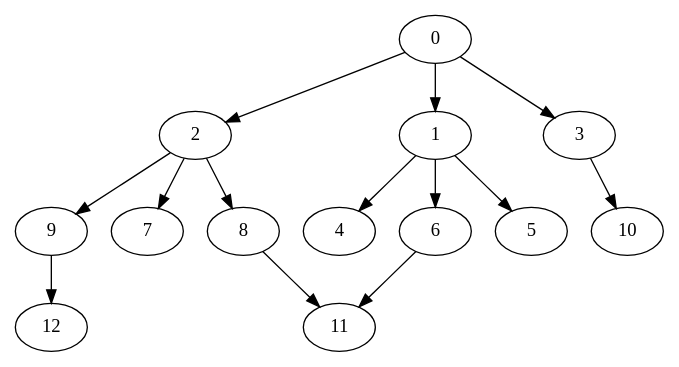
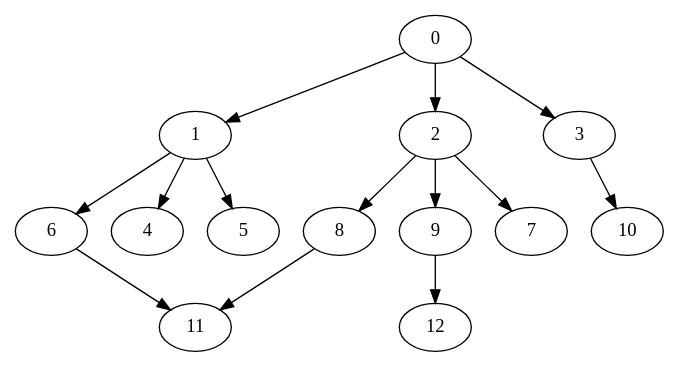
One commit to PJhaveri02/Task-Scheduler changed the diagram in dot/Nodes_13-output.dot. Above: the diagram before and after it, drawn with Graphviz. The commit also changed 4 other files, not shown here.

```diff
--- a/dot/Nodes_13-output.dot
+++ b/dot/Nodes_13-output.dot
@@ -1,28 +1,28 @@
 digraph "outputGraph" {
-		8	[Weight=50, Start=150, Processor=1]
+		0	[Weight=50, Start=0, Processor=1]
+		1	[Weight=70, Start=50, Processor=1]
+		0 -> 1   [Weight = 9];
+		6	[Weight=100, Start=120, Processor=1]
+		1 -> 6   [Weight = 5];
+		4	[Weight=40, Start=220, Processor=1]
+		1 -> 4   [Weight = 10];
+		5	[Weight=20, Start=260, Processor=1]
+		1 -> 5   [Weight = 7];
+		8	[Weight=50, Start=280, Processor=1]
 		2 -> 8   [Weight = 3];
-		5	[Weight=20, Start=200, Processor=1]
-		1 -> 5   [Weight = 7];
-		12	[Weight=20, Start=220, Processor=1]
-		9 -> 12   [Weight = 5];
-		3	[Weight=100, Start=54, Processor=2]
-		0 -> 3   [Weight = 4];
-		4	[Weight=40, Start=154, Processor=2]
-		1 -> 4   [Weight = 10];
-		9	[Weight=20, Start=194, Processor=2]
-		2 -> 9   [Weight = 10];
-		10	[Weight=20, Start=214, Processor=2]
-		3 -> 10   [Weight = 4];
-		2	[Weight=90, Start=57, Processor=3]
-		0 -> 2   [Weight = 7];
-		7	[Weight=80, Start=147, Processor=3]
-		2 -> 7   [Weight = 5];
-		0	[Weight=50, Start=0, Processor=4]
-		1	[Weight=70, Start=50, Processor=4]
-		0 -> 1   [Weight = 9];
-		6	[Weight=100, Start=120, Processor=4]
-		1 -> 6   [Weight = 5];
-		11	[Weight=20, Start=220, Processor=4]
+		11	[Weight=20, Start=330, Processor=1]
 		6 -> 11   [Weight = 5];
 		8 -> 11   [Weight = 5];
+		12	[Weight=20, Start=350, Processor=1]
+		9 -> 12   [Weight = 5];
+		2	[Weight=90, Start=57, Processor=2]
+		0 -> 2   [Weight = 7];
+		7	[Weight=80, Start=147, Processor=2]
+		2 -> 7   [Weight = 5];
+		9	[Weight=20, Start=227, Processor=2]
+		2 -> 9   [Weight = 10];
+		3	[Weight=100, Start=247, Processor=2]
+		0 -> 3   [Weight = 4];
+		10	[Weight=20, Start=347, Processor=2]
+		3 -> 10   [Weight = 4];
 }
```
